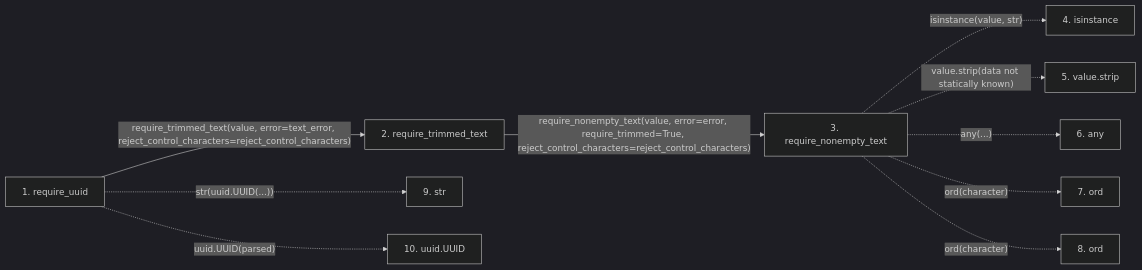
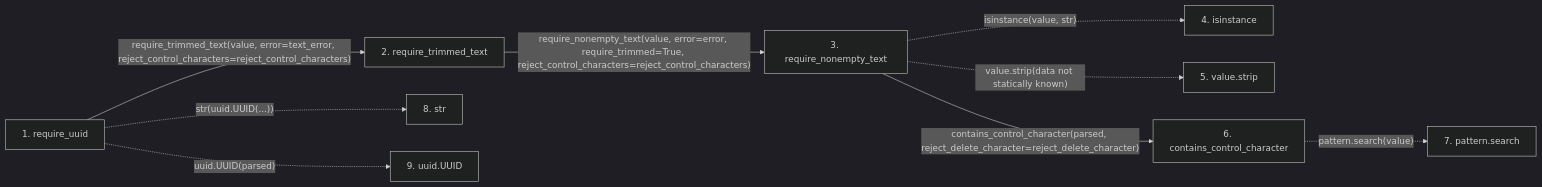
One commit to Denissvgn/python-wiki-llm changed the second of 2 diagrams in docs/llm_wiki/flows/api-require_uuid.md. Above: the diagram before and after it, drawn with Mermaid (dark theme). The commit also changed other lines of this file and 865 other files, not shown here.

````diff
--- a/docs/llm_wiki/flows/api-require_uuid.md
+++ b/docs/llm_wiki/flows/api-require_uuid.md
@@ -35,25 +34,24 @@
 ```mermaid
 flowchart LR
     s1["1. require_uuid"]
     s2["2. require_trimmed_text"]
     s3["3. require_nonempty_text"]
     s4["4. isinstance"]
     s5["5. value.strip"]
-    s6["6. any"]
-    s7["7. ord"]
-    s8["8. ord"]
-    s9["9. str"]
-    s10["10. uuid.UUID"]
+    s6["6. contains_control_character"]
+    s7["7. pattern.search"]
+    s8["8. str"]
+    s9["9. uuid.UUID"]
     s1 -->|"require_trimmed_text(value, error=text_error, reject_control_characters=reject_control_characters)"| s2
     s2 -->|"require_nonempty_text(value, error=error, require_trimmed=True, reject_control_characters=reject_control_characters)"| s3
     s3 -. "isinstance(value, str)" .-> s4
     s3 -. "value.strip(data not statically known)" .-> s5
-    s3 -. "any(...)" .-> s6
-    s3 -. "ord(character)" .-> s7
-    s3 -. "ord(character)" .-> s8
-    s1 -. "str(uuid.UUID(...))" .-> s9
-    s1 -. "uuid.UUID(parsed)" .-> s10
+    s3 -->|"contains_control_character(parsed, reject_delete_character=reject_delete_character)"| s6
+    s6 -. "pattern.search(value)" .-> s7
+    s1 -. "str(uuid.UUID(...))" .-> s8
+    s1 -. "uuid.UUID(parsed)" .-> s9
     click s1 "../modules/validation.md"
     click s2 "../modules/validation.md"
     click s3 "../modules/validation.md"
+    click s6 "../modules/validation.md"
 ```
````
